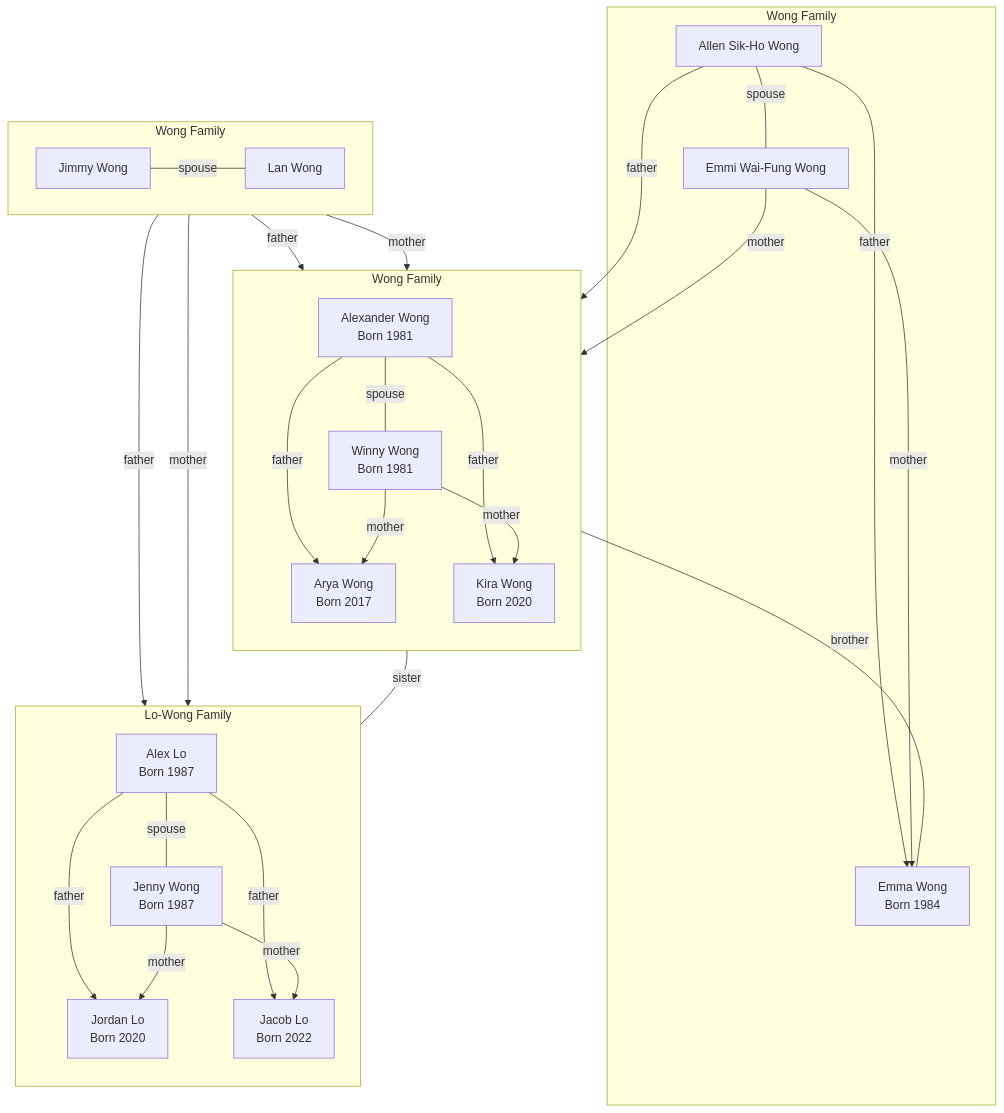
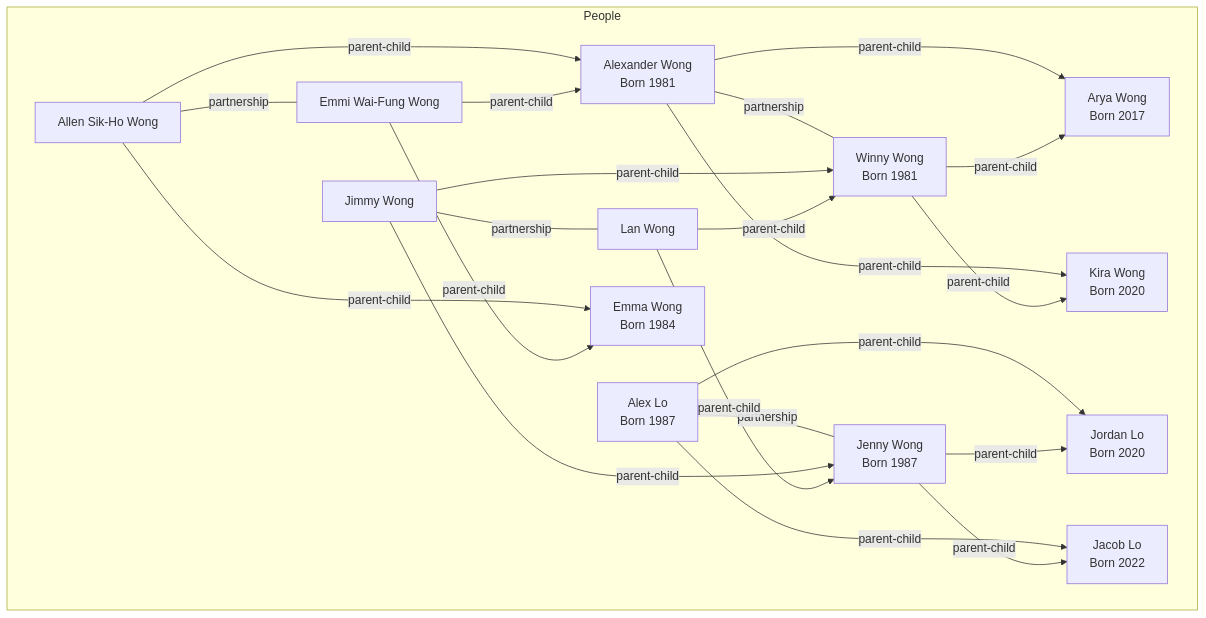
Before and after one commit to lexwon/Family-Tree: the diagram in data/tree.mmd, drawn with Mermaid. The commit also changed 3 other files, not shown here.

```diff
--- a/data/tree.mmd
+++ b/data/tree.mmd
@@ -1,64 +1,40 @@
+%% This file is generated from data/family.json.
+%% Regenerate it with: node scripts/generate-mermaid.mjs
 flowchart TD
-    subgraph wong_ng_family["Wong Family"]
+
+    subgraph people["People"]
         allen["Allen Sik-Ho Wong"]
         emmi["Emmi Wai-Fung Wong"]
         emma["Emma Wong<br/>Born 1984"]
-    end
-
-    subgraph wong_family["Wong Family"]
         alexander["Alexander Wong<br/>Born 1981"]
         winny["Winny Wong<br/>Born 1981"]
         arya["Arya Wong<br/>Born 2017"]
         kira["Kira Wong<br/>Born 2020"]
-
-        direction LR
-        alexander ---|"spouse"| winny
-
-        direction TB
-        alexander -->|"father"| arya
-        alexander -->|"father"| kira
-
-        direction TB
-        winny -->|"mother"| arya
-        winny -->|"mother"| kira
-    end
-
-    allen ---|"spouse"| emmi
-    allen -->|"father"| alexander
-    allen -->|"father"| emma
-    emmi -->|"mother"| alexander
-    emmi -->|"mother"| emma
-    alexander ---|"brother"| emma
-
-    subgraph wong_ho_family["Wong Family"]
         jimmy["Jimmy Wong"]
         lan["Lan Wong"]
-
-        direction LR
-        jimmy ---|"spouse"| lan
-    end
-
-    jimmy -->|"father"| winny
-    jimmy -->|"father"| jenny
-    lan -->|"mother"| winny
-    lan -->|"mother"| jenny
-
-    subgraph lo_wong_family["Lo-Wong Family"]
         alex["Alex Lo<br/>Born 1987"]
         jenny["Jenny Wong<br/>Born 1987"]
         jordan["Jordan Lo<br/>Born 2020"]
         jacob["Jacob Lo<br/>Born 2022"]
-
-        direction LR
-        alex ---|"spouse"| jenny
-
-        direction TB
-        alex -->|"father"| jordan
-        alex -->|"father"| jacob
-        
-        direction TB
-        jenny -->|"mother"| jordan
-        jenny -->|"mother"| jacob
     end
 
-    winny ---|"sister"| jenny
+    allen ---|"partnership"| emmi
+    alexander ---|"partnership"| winny
+    jimmy ---|"partnership"| lan
+    alex ---|"partnership"| jenny
+    allen -->|"parent-child"| alexander
+    allen -->|"parent-child"| emma
+    emmi -->|"parent-child"| alexander
+    emmi -->|"parent-child"| emma
+    alexander -->|"parent-child"| arya
+    alexander -->|"parent-child"| kira
+    winny -->|"parent-child"| arya
+    winny -->|"parent-child"| kira
+    jimmy -->|"parent-child"| winny
+    jimmy -->|"parent-child"| jenny
+    lan -->|"parent-child"| winny
+    lan -->|"parent-child"| jenny
+    alex -->|"parent-child"| jordan
+    alex -->|"parent-child"| jacob
+    jenny -->|"parent-child"| jordan
+    jenny -->|"parent-child"| jacob
```
